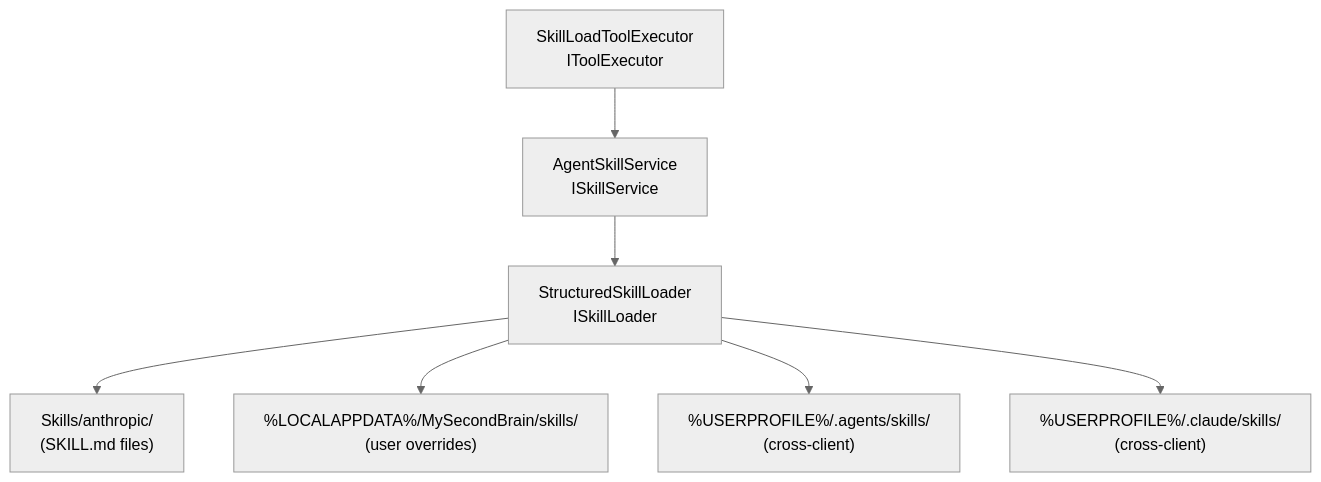
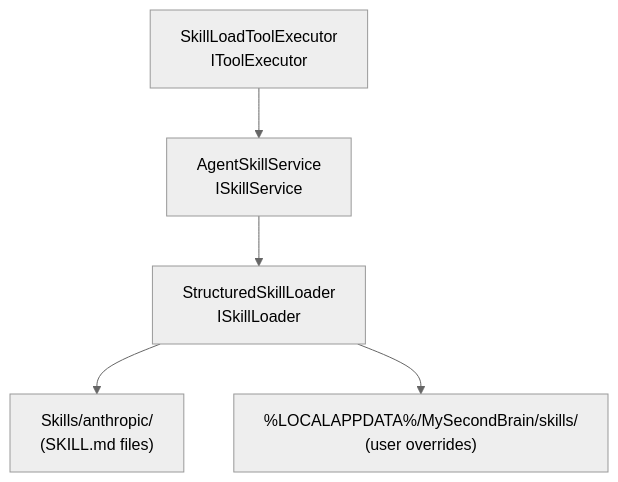
Before and after one commit to AmitTzah/MySecondBrain: the seventh of 8 diagrams in agent-workspace/knowledge/architecture.md, drawn with Mermaid (neutral theme). The commit also changed other lines of this file and 7 other files, not shown here.

````diff
--- a/agent-workspace/knowledge/architecture.md
+++ b/agent-workspace/knowledge/architecture.md
@@ -2110,17 +2150,13 @@
 ```mermaid
 graph TD
     SkillService[AgentSkillService\nISkillService]
     SkillLoader[StructuredSkillLoader\nISkillLoader]
     SkillLoadExec[SkillLoadToolExecutor\nIToolExecutor]
     SkillsDir["Skills/anthropic/\n(SKILL.md files)"]
     UserSkills["%LOCALAPPDATA%/MySecondBrain/skills/\n(user overrides)"]
-    CrossClient1["%USERPROFILE%/.agents/skills/\n(cross-client)"]
-    CrossClient2["%USERPROFILE%/.claude/skills/\n(cross-client)"]
     
     SkillService --> SkillLoader
     SkillLoadExec --> SkillService
     SkillLoader --> SkillsDir
     SkillLoader --> UserSkills
-    SkillLoader --> CrossClient1
-    SkillLoader --> CrossClient2
 ```
````
